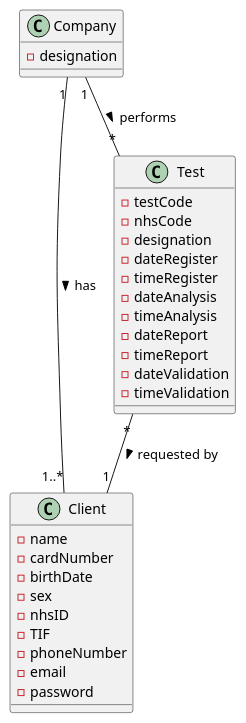
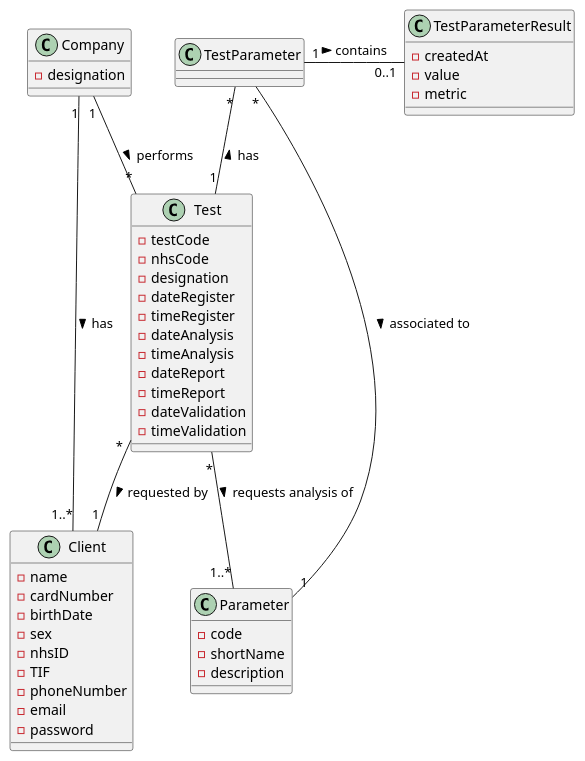
Before and after one commit to MadDinosaur/ISEP-LAPR2: the diagram in docs/SprintD/US13/US13_DM.puml, drawn with PlantUML. The commit also changed 8 other files, not shown here.

```diff
--- a/docs/SprintD/US13/US13_DM.puml
+++ b/docs/SprintD/US13/US13_DM.puml
@@ -1,39 +1,53 @@
 @startuml
 
 class Company {
 -designation
 }
 
 class Client {
 -name
 -cardNumber
 -birthDate
 -sex
 -nhsID
 -TIF
 -phoneNumber
 -email
 -password
 }
 
 class Test {
 -testCode
 -nhsCode
 -designation
 -dateRegister
 -timeRegister
 -dateAnalysis
 -timeAnalysis
 -dateReport
 -timeReport
 -dateValidation
 -timeValidation
 }
 
+class TestParameterResult {
+-createdAt
+-value
+-metric
+}
+
+class Parameter {
+-code
+-shortName
+-description
+}
 
 Test "*"-up-"1" Company : performs <
 Company "1"--"1..*" Client : has >
 Test "*"--"1" Client : requested by >
-
+Test "*"--"1..*" Parameter : requests analysis of >
+TestParameter "*"--"1" Parameter : associated to >
+TestParameter "*"--"1" Test : has <
+TestParameter "1"-right- "0..1" TestParameterResult : contains >
 
 @enduml
```
